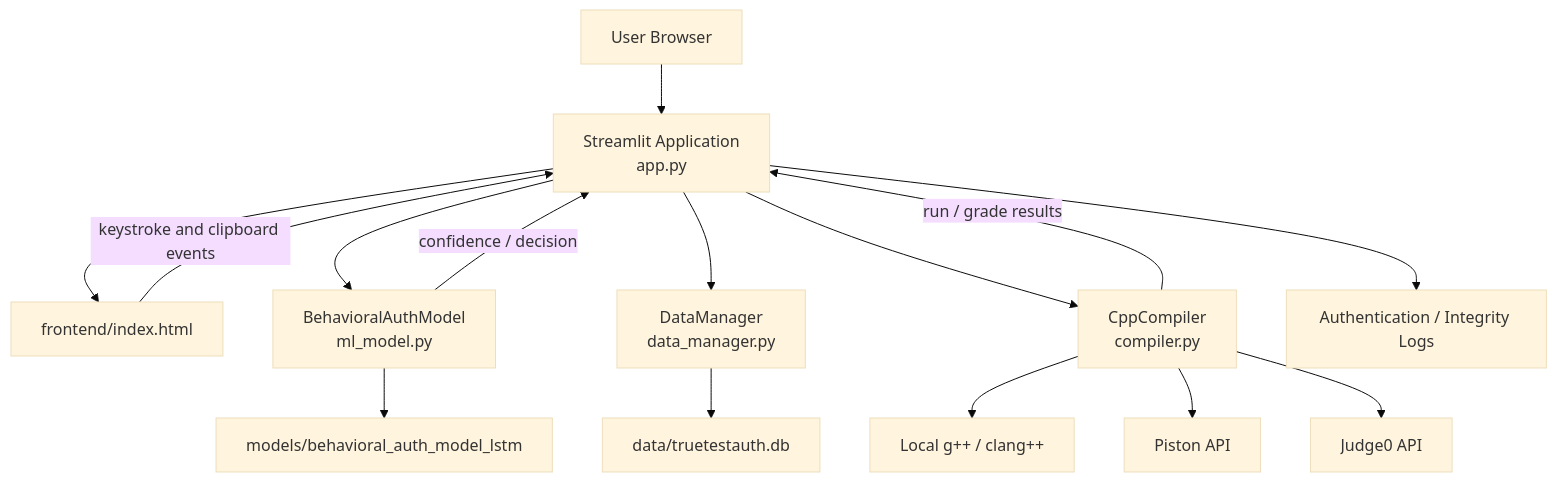
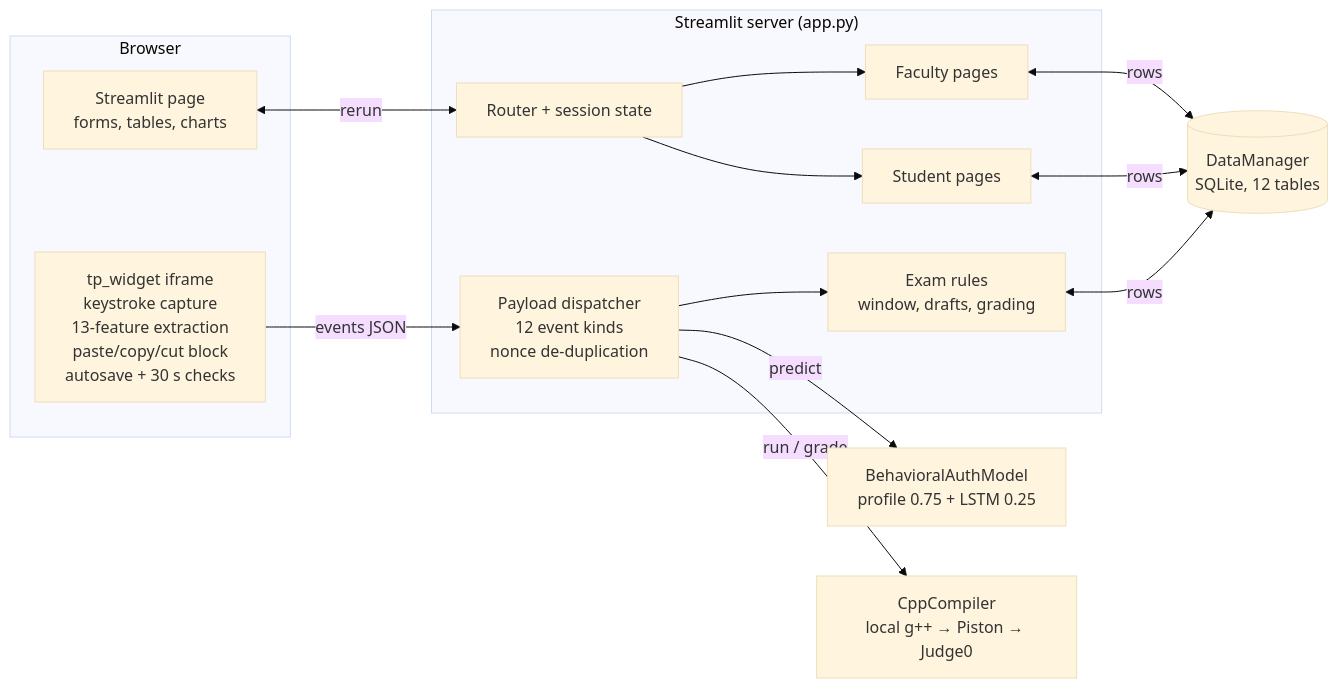
The first of 9 diagrams in README.md (erharsh2104/TrueTestAuth), drawn with Mermaid (base theme) before and after one commit. The commit also changed other lines of this file, not shown here.

First line of the commit message:
Rewrite README with diagrams and current architecture

````diff
--- a/README.md
+++ b/README.md
@@ -165,30 +95,25 @@
 ```mermaid
-flowchart TD
-    B[User Browser]
-    A[Streamlit Application<br/>app.py]
-    F[frontend/index.html]
-    M[BehavioralAuthModel<br/>ml_model.py]
-    D[DataManager<br/>data_manager.py]
-    C[CppCompiler<br/>compiler.py]
-    J[Local g++ / clang++]
-    P[Piston API]
-    J0[Judge0 API]
-    MD[models/behavioral_auth_model_lstm]
-    DB[data/truetestauth.db]
-    L[Authentication / Integrity Logs]
+flowchart LR
+    subgraph Browser
+        P[Streamlit page<br/>forms, tables, charts]
+        W[tp_widget iframe<br/>keystroke capture<br/>13-feature extraction<br/>paste/copy/cut block<br/>autosave + 30 s checks]
+    end
+    subgraph Server["Streamlit server (app.py)"]
+        R[Router + session state]
+        D[Payload dispatcher<br/>12 event kinds<br/>nonce de-duplication]
+        F[Faculty pages]
+        S[Student pages]
+        E[Exam rules<br/>window, drafts, grading]
+    end
+    DM[(DataManager<br/>SQLite, 12 tables)]
+    M[BehavioralAuthModel<br/>profile 0.75 + LSTM 0.25]
+    C[CppCompiler<br/>local g++ → Piston → Judge0]
 
-    B --> A
-    A --> F
-    F -->|keystroke and clipboard events| A
-    A --> M
-    M --> MD
-    M -->|confidence / decision| A
-    A --> D
-    D --> DB
-    A --> C
-    C --> J
-    C --> P
-    C --> J0
-    C -->|run / grade results| A
-    A --> L
+    P <-->|rerun| R
+    W -->|events JSON| D
+    R --> F & S
+    D --> E
+    F & S & E <-->|rows| DM
+    D -->|predict| M
+    D -->|run / grade| C
 ```
````
